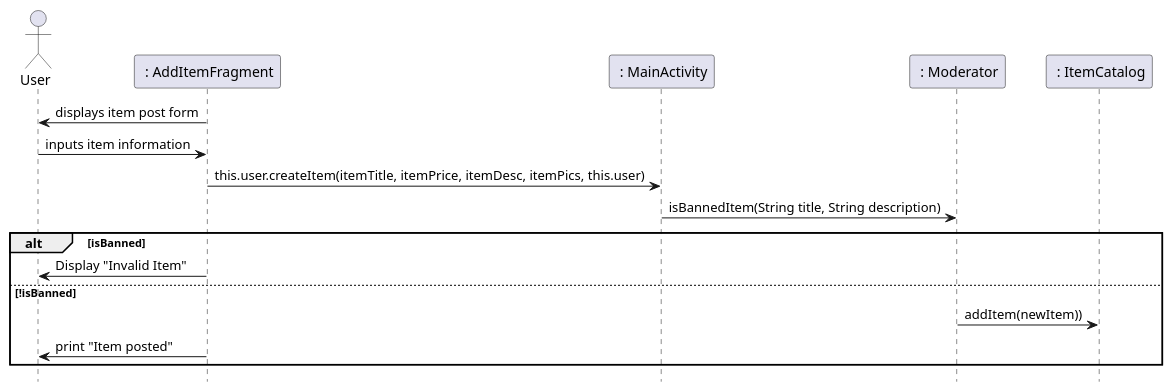
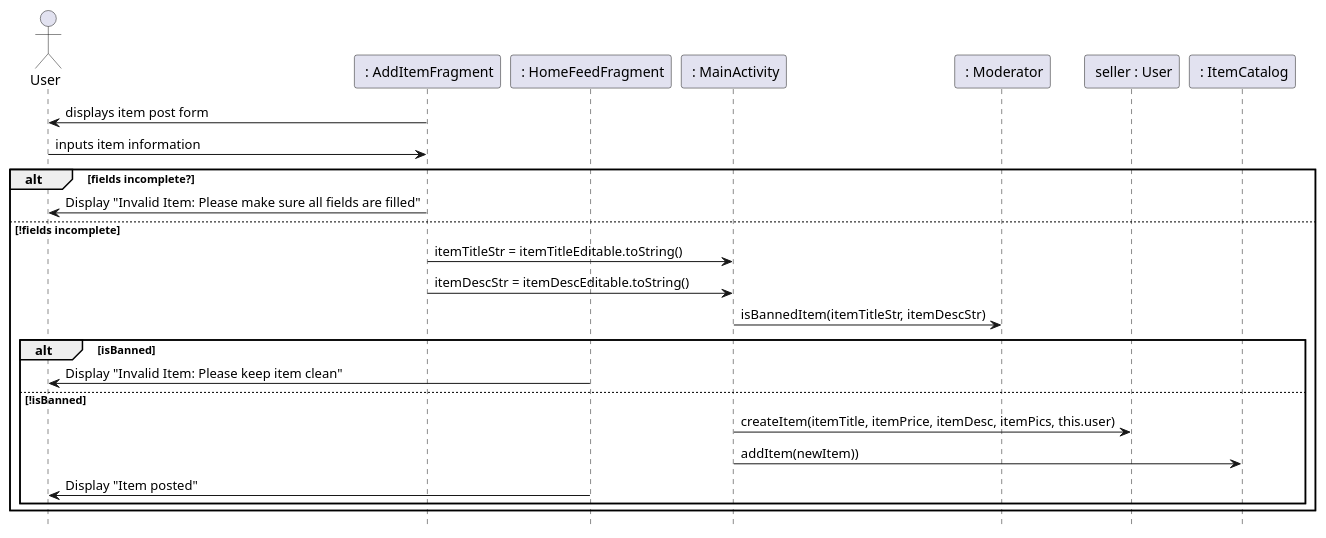
Before and after one commit to remyben-creator/Marketplace-Application: the second of 8 diagrams in IntelliJ/Doc/design.md, drawn with PlantUML. The commit also changed other lines of this file and 1 other file, not shown here.

Commit message:
Sequence Diagrams Finalized

````diff
--- a/IntelliJ/Doc/design.md
+++ b/IntelliJ/Doc/design.md
@@ -54,19 +54,27 @@
 ```plantuml
 hide footbox
 actor User as user
 participant " : AddItemFragment" as ui
+participant " : HomeFeedFragment" as ui2
 participant " : MainActivity" as controller
 participant " : Moderator" as moderator
+participant " seller : User" as seller
 participant " : ItemCatalog" as itemcatalog
 
 ui -> user : displays item post form
 user -> ui : inputs item information
-ui -> controller : this.user.createItem(itemTitle, itemPrice, itemDesc, itemPics, this.user)
-controller -> moderator : isBannedItem(String title, String description)
+alt fields incomplete?
+ui -> user : Display "Invalid Item: Please make sure all fields are filled"
+else !fields incomplete
+ui -> controller : itemTitleStr = itemTitleEditable.toString()
+ui -> controller : itemDescStr = itemDescEditable.toString()
+controller -> moderator : isBannedItem(itemTitleStr, itemDescStr)
 alt isBanned   
- ui -> user : Display "Invalid Item"
+ ui2 -> user : Display "Invalid Item: Please keep item clean"
 else !isBanned
- moderator -> itemcatalog : addItem(newItem))
- ui -> user : print "Item posted"
+controller -> seller : createItem(itemTitle, itemPrice, itemDesc, itemPics, this.user)
+ controller -> itemcatalog : addItem(newItem))
+ ui2 -> user : Display "Item posted"
+end
 end
 ```
````
